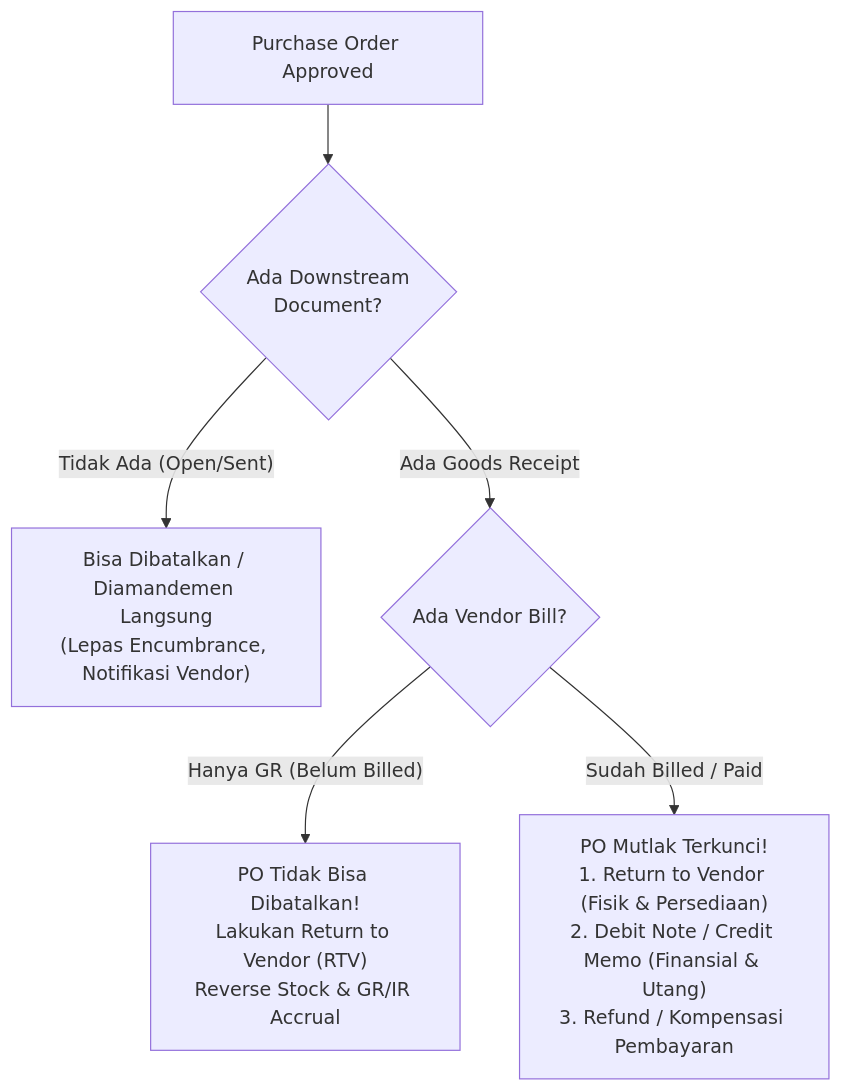
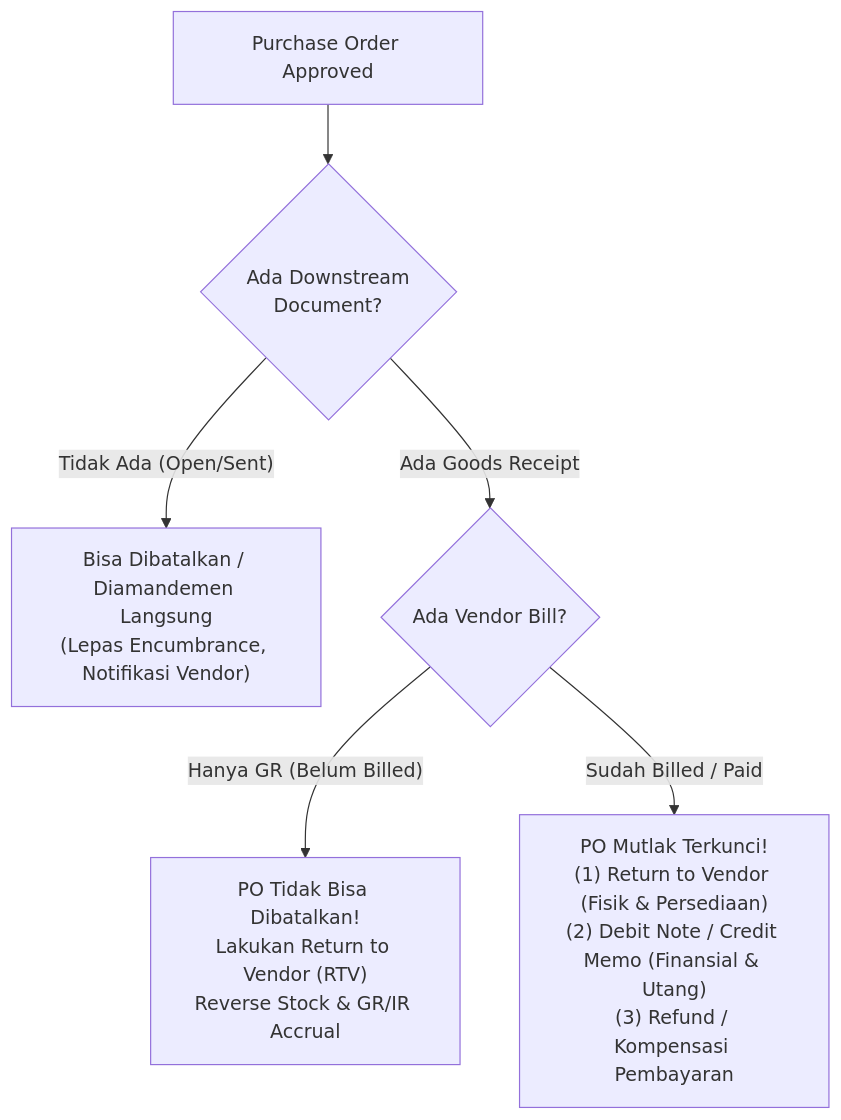
The diagram in content/04-purchasing/purchase-cancellation-and-amendment.md (alimurrofid/erp-notes), drawn with Mermaid before and after one commit. The commit also changed 132 other files, not shown here.

````diff
--- a/content/04-purchasing/purchase-cancellation-and-amendment.md
+++ b/content/04-purchasing/purchase-cancellation-and-amendment.md
@@ -44,12 +44,12 @@
 ```mermaid
 flowchart TD
     PO[Purchase Order Approved] --> CheckDownstream{Ada Downstream<br/>Document?}
     
     CheckDownstream -- "Tidak Ada (Open/Sent)" --> CanCancel["Bisa Dibatalkan / Diamandemen Langsung<br/>(Lepas Encumbrance, Notifikasi Vendor)"]
     
     CheckDownstream -- "Ada Goods Receipt" --> HasBill{Ada Vendor Bill?}
     
     HasBill -- "Hanya GR (Belum Billed)" --> GRAction["PO Tidak Bisa Dibatalkan!<br/>Lakukan Return to Vendor (RTV)<br/>Reverse Stock & GR/IR Accrual"]
     
-    HasBill -- "Sudah Billed / Paid" --> FullAction["PO Mutlak Terkunci!<br/>1. Return to Vendor (Fisik & Persediaan)<br/>2. Debit Note / Credit Memo (Finansial & Utang)<br/>3. Refund / Kompensasi Pembayaran"]
+    HasBill -- "Sudah Billed / Paid" --> FullAction["PO Mutlak Terkunci!<br/>(1) Return to Vendor (Fisik & Persediaan)<br/>(2) Debit Note / Credit Memo (Finansial & Utang)<br/>(3) Refund / Kompensasi Pembayaran"]
 ```
````
